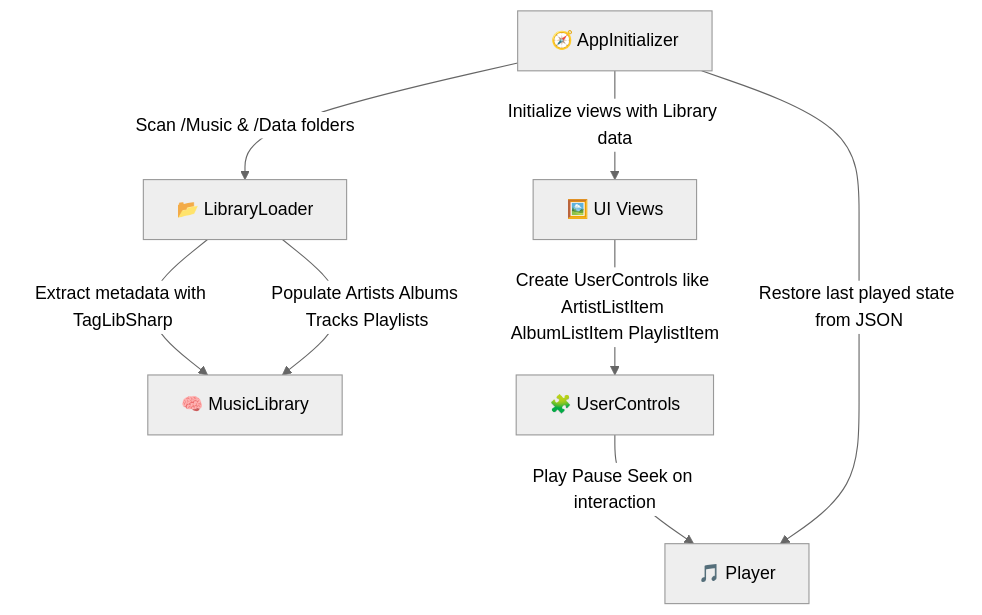
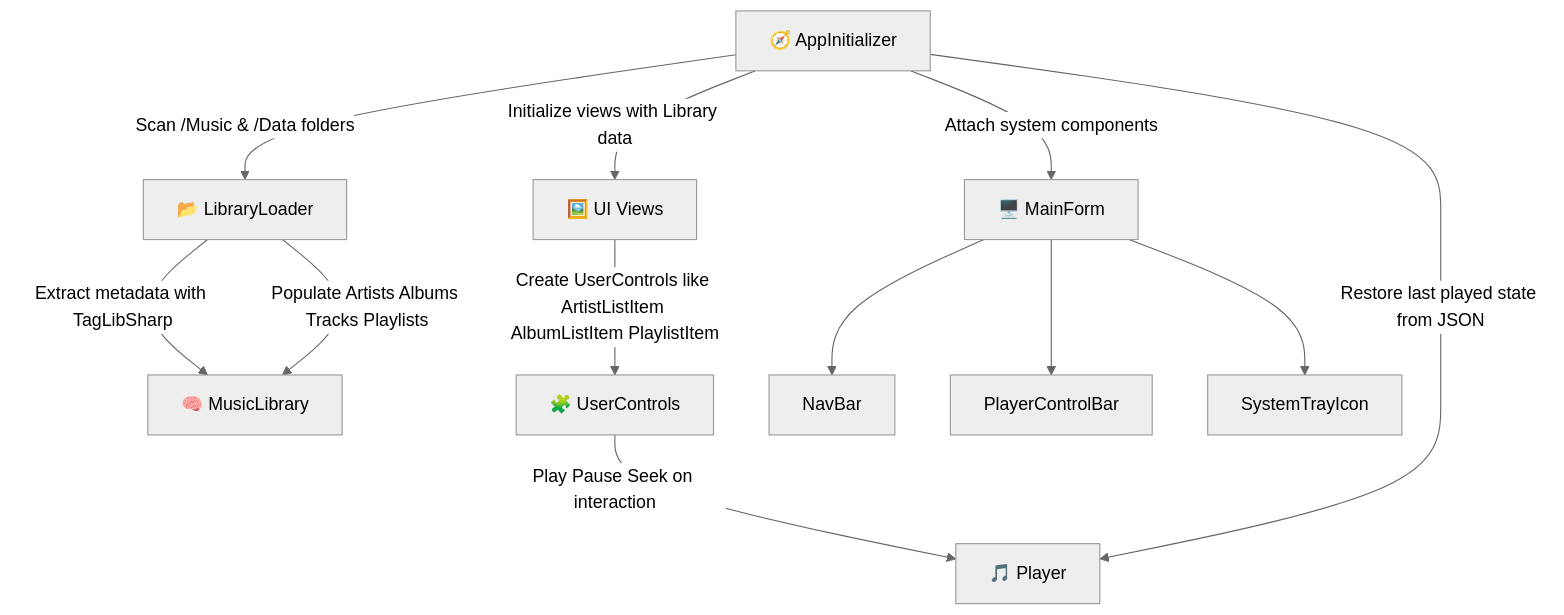
One commit to AlexPlec/Audio-256 changed the second of 2 diagrams in docs/components.md. Above: the diagram before and after it, drawn with Mermaid (neutral theme). The commit also changed other lines of this file and 2 other files, not shown here.

````diff
--- a/docs/components.md
+++ b/docs/components.md
@@ -107,11 +122,14 @@
 ```mermaid
 graph TD
     AppInitializer["🧭 AppInitializer"] -->|Scan /Music & /Data folders| LibraryLoader["📂 LibraryLoader"]
     LibraryLoader -->|Extract metadata with TagLibSharp| MusicLibrary["🧠 MusicLibrary"]
     LibraryLoader -->|Populate Artists Albums Tracks Playlists| MusicLibrary
     AppInitializer -->|Initialize views with Library data| Views["🖼️ UI Views"]
     Views -->|Create UserControls like ArtistListItem AlbumListItem PlaylistItem| UserControls["🧩 UserControls"]
     UserControls -->|Play Pause Seek on interaction| Player["🎵 Player"]
     AppInitializer -->|Restore last played state from JSON| Player
-
+    AppInitializer -->|Attach system components| MainForm["🖥️ MainForm"]
+    MainForm --> NavBar
+    MainForm --> PlayerControlBar
+    MainForm --> SystemTrayIcon
 ```
````
